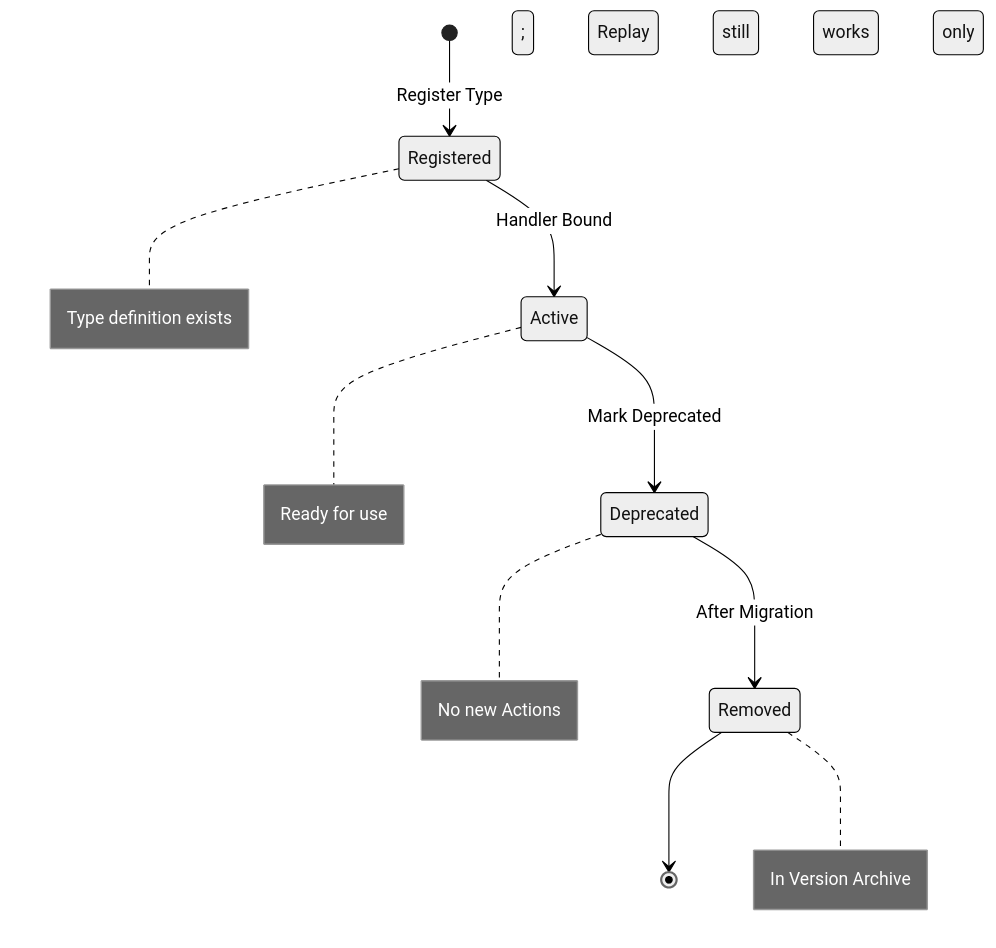
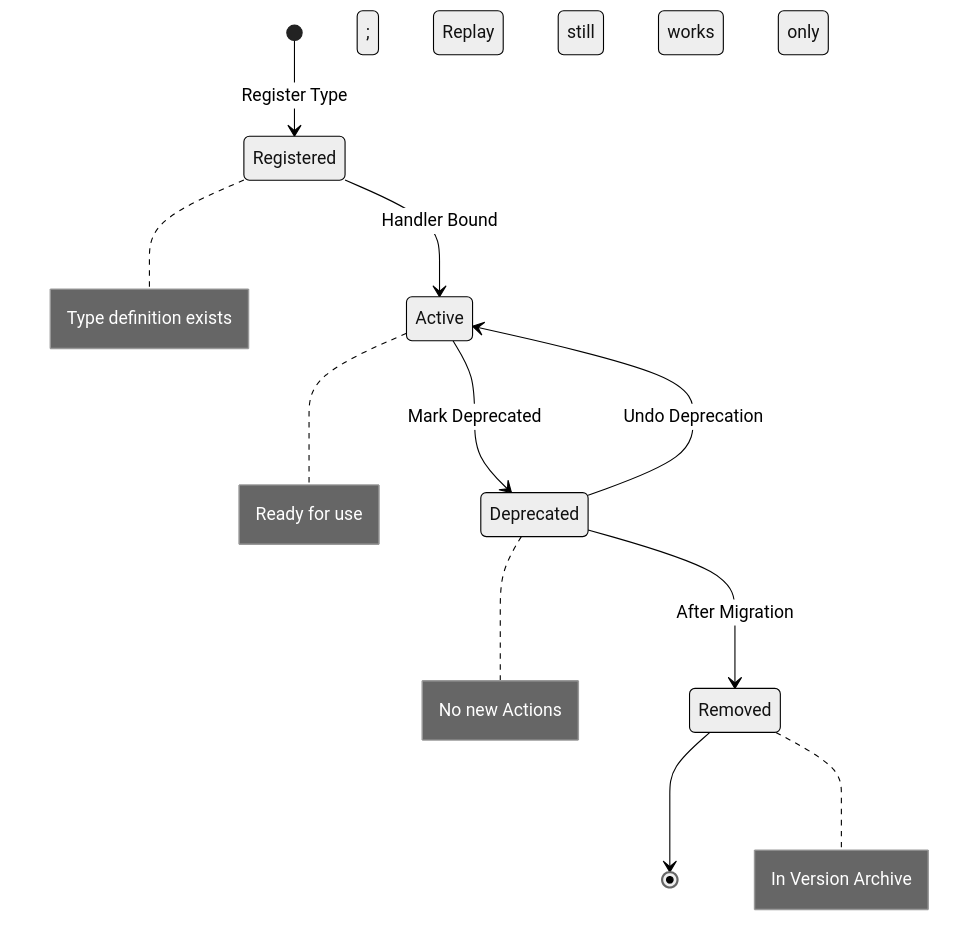
The eighth of 12 diagrams in docs/02_Architecture/Action_Registry.md (yueseyeyu/ai-narrative-rpg-engine), drawn with Mermaid (neutral theme) before and after one commit. The commit also changed other lines of this file and 43 other files, not shown here.

Commit message:
feat: Architecture Baseline v1.0 Frozen + MVP-0 Validation (4/4 contract tests passing)

````diff
--- a/docs/02_Architecture/Action_Registry.md
+++ b/docs/02_Architecture/Action_Registry.md
@@ -413,13 +440,14 @@
 ```mermaid
 stateDiagram-v2
     [*] --> Registered: Register Type
     Registered --> Active: Handler Bound
     Active --> Deprecated: Mark Deprecated
     Deprecated --> Removed: After Migration
+    Deprecated --> Active: Undo Deprecation
     Removed --> [*]
 
     note right of Registered: Type definition exists
     note right of Active: Ready for use
     note right of Deprecated: No new Actions; Replay still works
     note right of Removed: In Version Archive; Replay only
 ```
````
